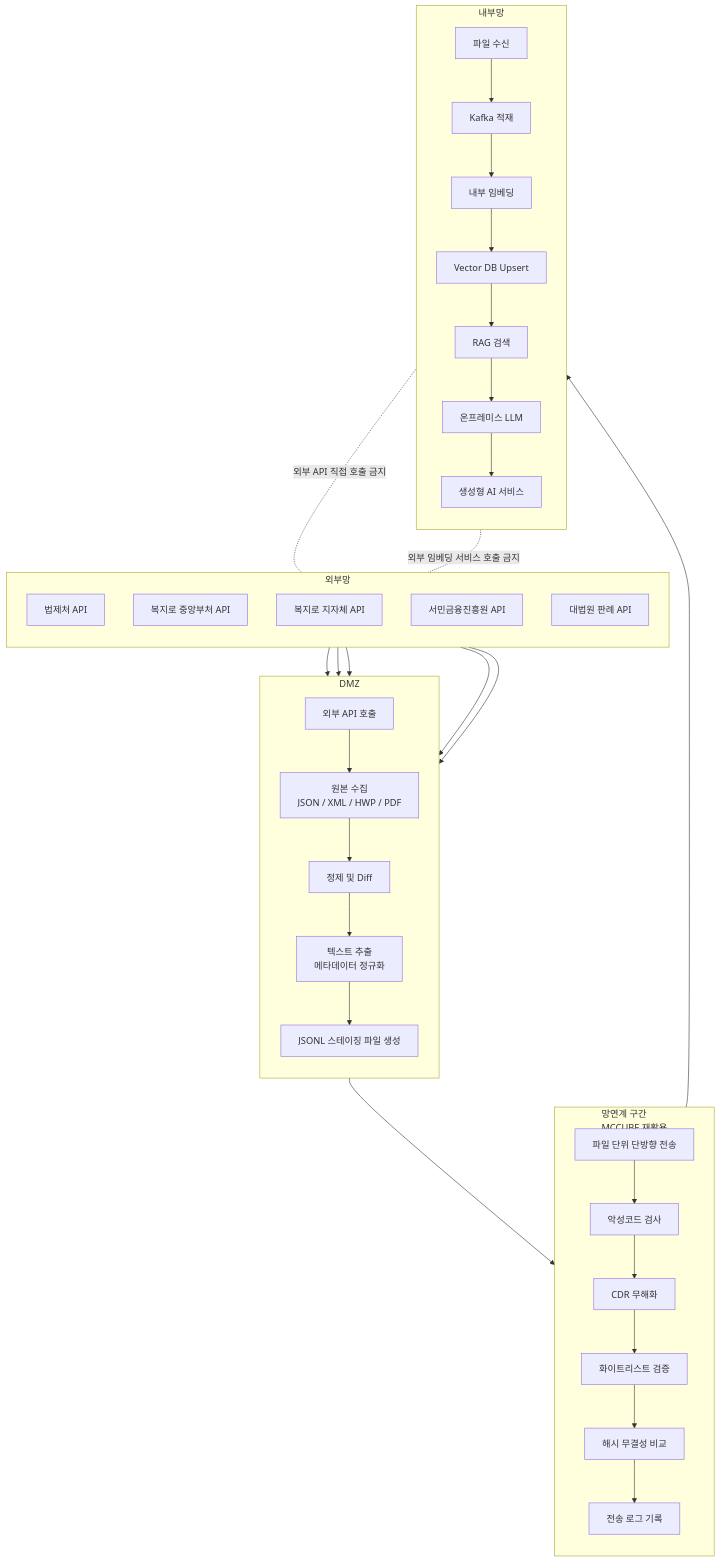
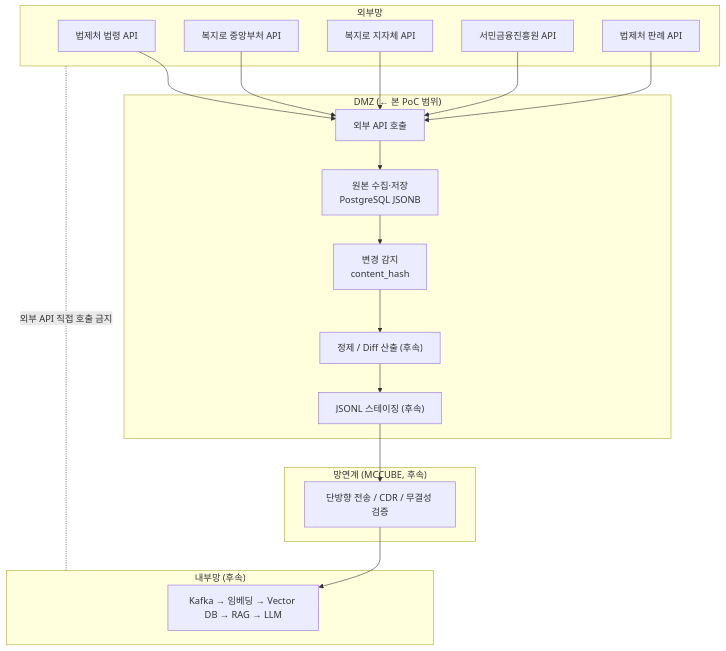
The diagram in README.md (sehunpark-genon/APITest), drawn with Mermaid before and after one commit. The commit also changed other lines of this file and 2 other files, not shown here.

````diff
--- a/README.md
+++ b/README.md
@@ -10,55 +23,31 @@
 ```mermaid
 flowchart TB
-
     subgraph EXT["외부망"]
-        direction TB
-        A1["법제처 API"]
+        A1["법제처 법령 API"]
         A2["복지로 중앙부처 API"]
         A3["복지로 지자체 API"]
         A4["서민금융진흥원 API"]
-        A5["대법원 판례 API"]
+        A5["법제처 판례 API"]
     end
-
-    subgraph DMZ["DMZ"]
-        direction TB
+    subgraph DMZ["DMZ (← 본 PoC 범위)"]
         B1["외부 API 호출"]
-        B2["원본 수집\nJSON / XML / HWP / PDF"]
-        B3["정제 및 Diff"]
-        B4["텍스트 추출\n메타데이터 정규화"]
-        B5["JSONL 스테이징 파일 생성"]
+        B2["원본 수집·저장<br/>PostgreSQL JSONB"]
+        B3["변경 감지<br/>content_hash"]
+        B4["정제 / Diff 산출 (후속)"]
+        B5["JSONL 스테이징 (후속)"]
     end
-
-    subgraph LINK["망연계 구간\nMCCUBE 재활용"]
-        direction TB
-        C1["파일 단위 단방향 전송"]
-        C2["악성코드 검사"]
-        C3["CDR 무해화"]
-        C4["화이트리스트 검증"]
-        C5["해시 무결성 비교"]
-        C6["전송 로그 기록"]
+    subgraph LINK["망연계 (MCCUBE, 후속)"]
+        C1["단방향 전송 / CDR / 무결성 검증"]
     end
-
-    subgraph IN["내부망"]
-        direction TB
-        D1["파일 수신"]
-        D2["Kafka 적재"]
-        D3["내부 임베딩"]
-        D4["Vector DB Upsert"]
-        D5["RAG 검색"]
-        D6["온프레미스 LLM"]
-        D7["생성형 AI 서비스"]
+    subgraph IN["내부망 (후속)"]
+        D1["Kafka → 임베딩 → Vector DB → RAG → LLM"]
     end
 
     A1 --> B1
     A2 --> B1
     A3 --> B1
     A4 --> B1
     A5 --> B1
-
-    B1 --> B2 --> B3 --> B4 --> B5
-    B5 --> C1 --> C2 --> C3 --> C4 --> C5 --> C6
-    C6 --> D1 --> D2 --> D3 --> D4 --> D5 --> D6 --> D7
-
+    B1 --> B2 --> B3 --> B4 --> B5 --> C1 --> D1
     IN -. "외부 API 직접 호출 금지" .- EXT
-    D3 -. "외부 임베딩 서비스 호출 금지" .- EXT
 ```
````
